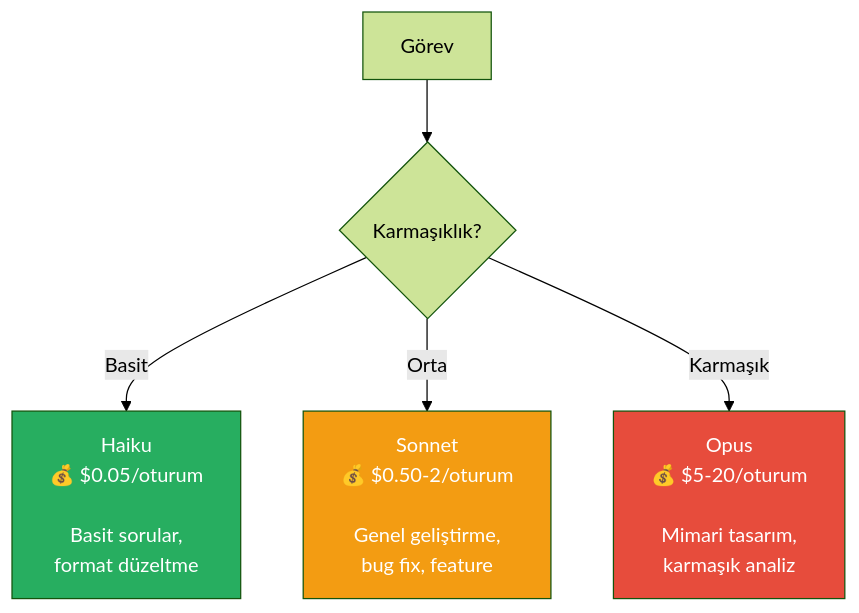
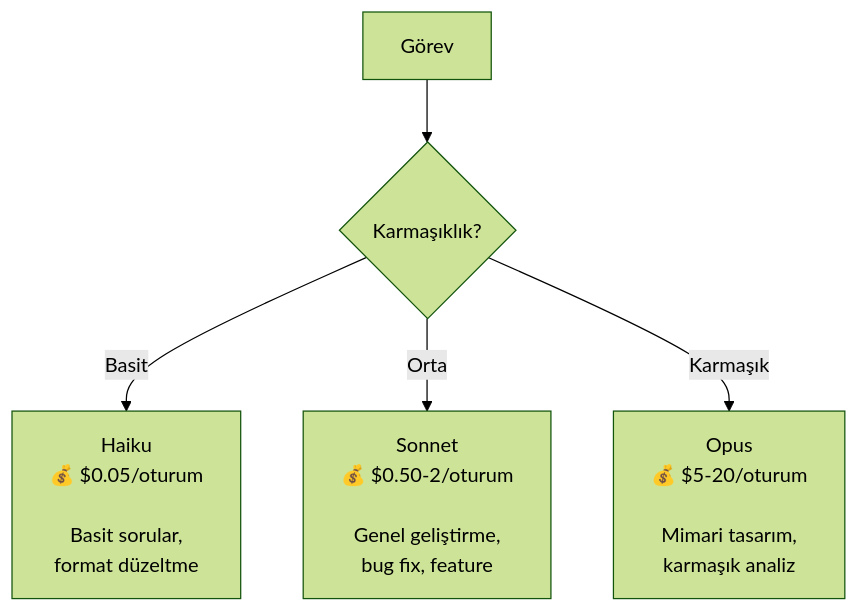
The third of 7 diagrams in 17-konfigurasyon/05-maliyet-yonetimi.md (IzzetYasinAtes/ClaudeCodeHandbook), drawn with Mermaid (forest theme) before and after one commit. The commit also changed other lines of this file and 97 other files, not shown here.

Commit message:
Remove all custom Mermaid style/fill colors from 98 markdown files for consistent dark theme rendering

````diff
--- a/17-konfigurasyon/05-maliyet-yonetimi.md
+++ b/17-konfigurasyon/05-maliyet-yonetimi.md
@@ -85,11 +79,8 @@
 ```mermaid
 flowchart TD
     TASK["Görev"] --> EVAL{"Karmaşıklık?"}
     EVAL -->|Basit| HAIKU["Haiku<br/>💰 $0.05/oturum<br/><br/>Basit sorular,<br/>format düzeltme"]
     EVAL -->|Orta| SONNET["Sonnet<br/>💰 $0.50-2/oturum<br/><br/>Genel geliştirme,<br/>bug fix, feature"]
     EVAL -->|Karmaşık| OPUS["Opus<br/>💰 $5-20/oturum<br/><br/>Mimari tasarım,<br/>karmaşık analiz"]
 
-    style HAIKU fill:#27AE60,color:#fff
-    style SONNET fill:#F39C12,color:#fff
-    style OPUS fill:#E74C3C,color:#fff
 ```
````
